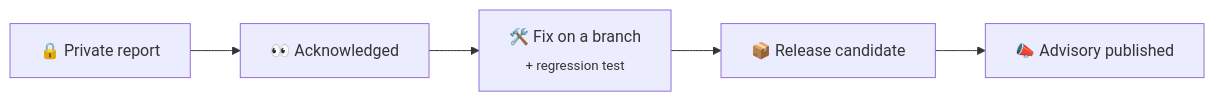
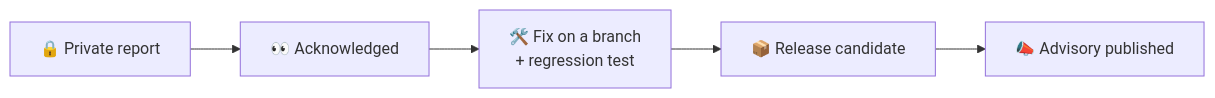
Before and after one commit to ErtugrulAK/keyframe-character-studio: the diagram in SECURITY.md, drawn with Mermaid. The commit also changed 2 other files, not shown here.

Commit message:
docs(repo): diagram labels fit their boxes; readable pie and release graph
GitHub's Mermaid renderer sized the nodes without the <sub> lines and cut
them off; the labels are plain text now. The test pie uses the accent
colours (the default dark theme painted it near-black) and the release
graph labels the commits instead of stacking overlapping tags.

````diff
--- a/SECURITY.md
+++ b/SECURITY.md
@@ -23,7 +23,7 @@
 ```mermaid
 flowchart LR
     R["🔒 Private report"] --> A["👀 Acknowledged"]
-    A --> F["🛠️ Fix on a branch<br/><sub>+ regression test</sub>"]
+    A --> F["🛠️ Fix on a branch<br/>+ regression test"]
     F --> RL["📦 Release candidate"]
     RL --> D["📣 Advisory published"]
 ```
````
